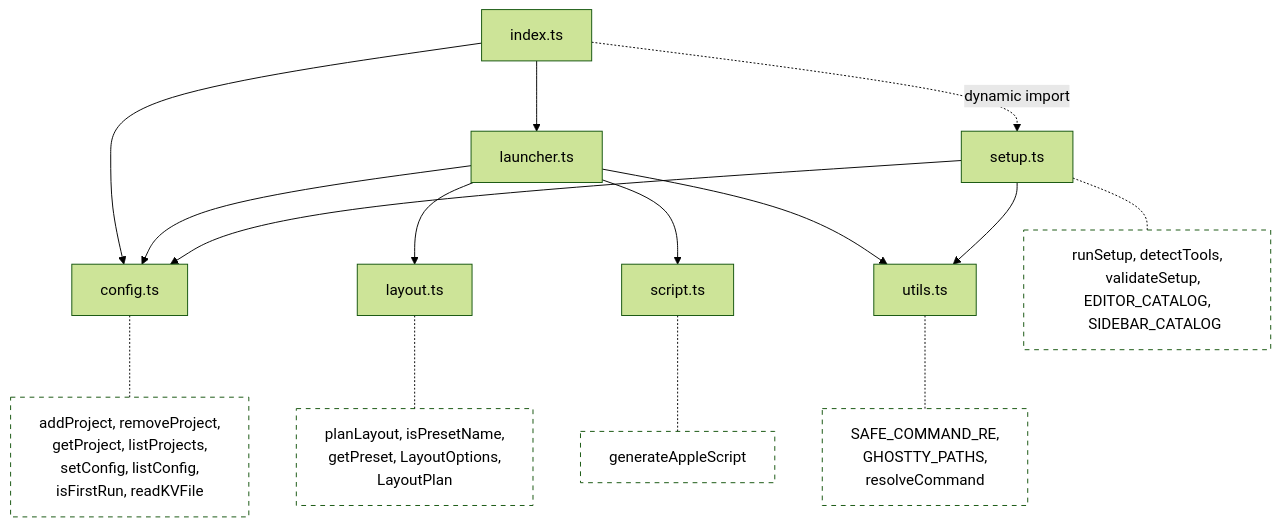
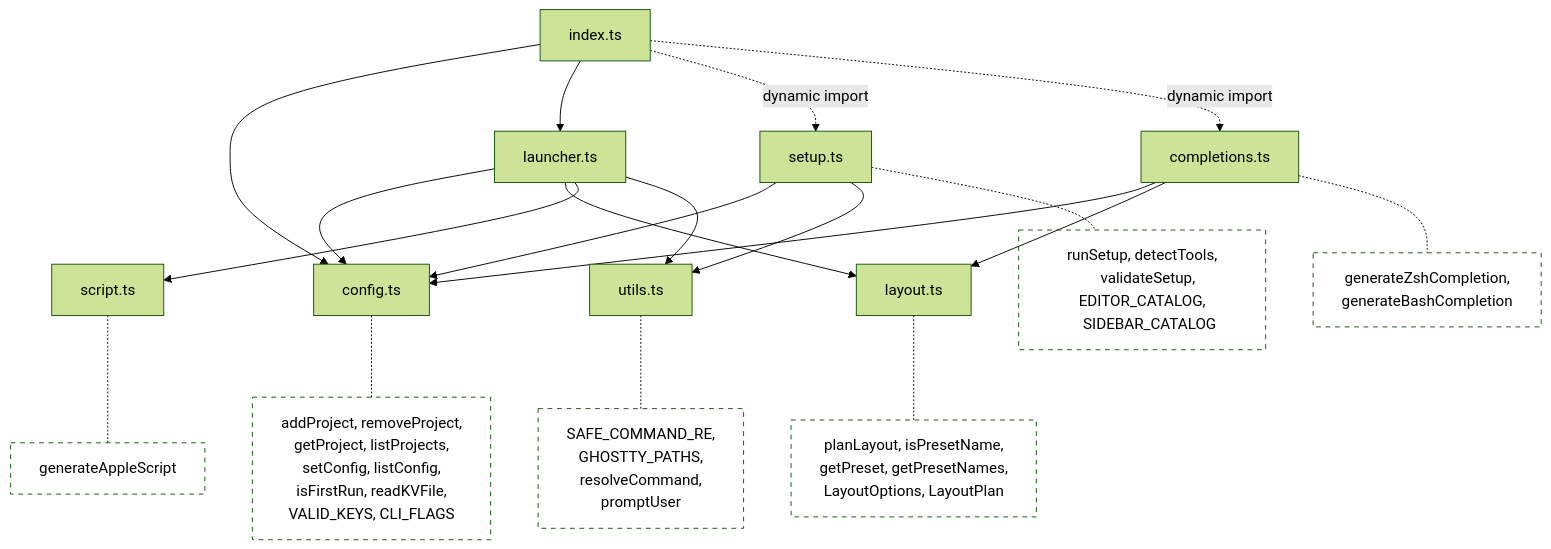
One commit to juan294/summon changed the first of 4 diagrams in docs/architecture.md. Above: the diagram before and after it, drawn with Mermaid (forest theme). The commit also changed other lines of this file and 2 other files, not shown here.

First line of the commit message:
docs: update README, user manual, and architecture for v0.4.0 features

````diff
--- a/docs/architecture.md
+++ b/docs/architecture.md
@@ -22,33 +23,41 @@
 ```mermaid
 graph TD
     index[index.ts] --> config[config.ts]
     index --> launcher[launcher.ts]
     index -.->|dynamic import| setup[setup.ts]
+    index -.->|dynamic import| completions[completions.ts]
     launcher --> config
     launcher --> layout[layout.ts]
     launcher --> script[script.ts]
     launcher --> utils[utils.ts]
     setup --> config
     setup --> utils
+    completions --> config
+    completions --> layout
 
     config -.- cfg_fns["addProject, removeProject,
     getProject, listProjects,
     setConfig, listConfig,
-    isFirstRun, readKVFile"]
+    isFirstRun, readKVFile,
+    VALID_KEYS, CLI_FLAGS"]
     layout -.- lay_fns["planLayout, isPresetName,
-    getPreset, LayoutOptions,
-    LayoutPlan"]
+    getPreset, getPresetNames,
+    LayoutOptions, LayoutPlan"]
     script -.- scr_fns["generateAppleScript"]
     utils -.- util_fns["SAFE_COMMAND_RE,
     GHOSTTY_PATHS,
-    resolveCommand"]
+    resolveCommand,
+    promptUser"]
     setup -.- setup_fns["runSetup, detectTools,
     validateSetup, EDITOR_CATALOG,
     SIDEBAR_CATALOG"]
+    completions -.- comp_fns["generateZshCompletion,
+    generateBashCompletion"]
 
     style cfg_fns fill:none,stroke-dasharray:5
     style lay_fns fill:none,stroke-dasharray:5
     style scr_fns fill:none,stroke-dasharray:5
     style util_fns fill:none,stroke-dasharray:5
     style setup_fns fill:none,stroke-dasharray:5
+    style comp_fns fill:none,stroke-dasharray:5
 ```
````
